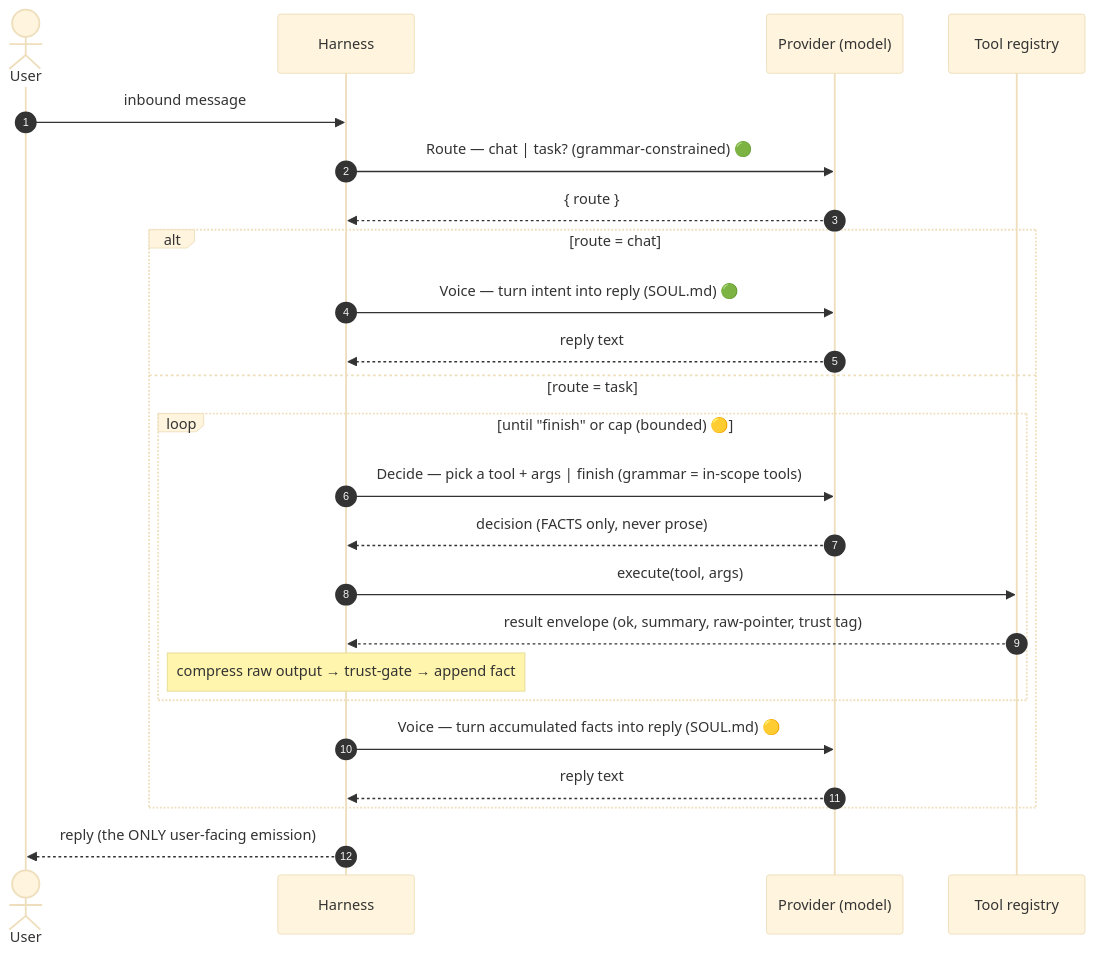
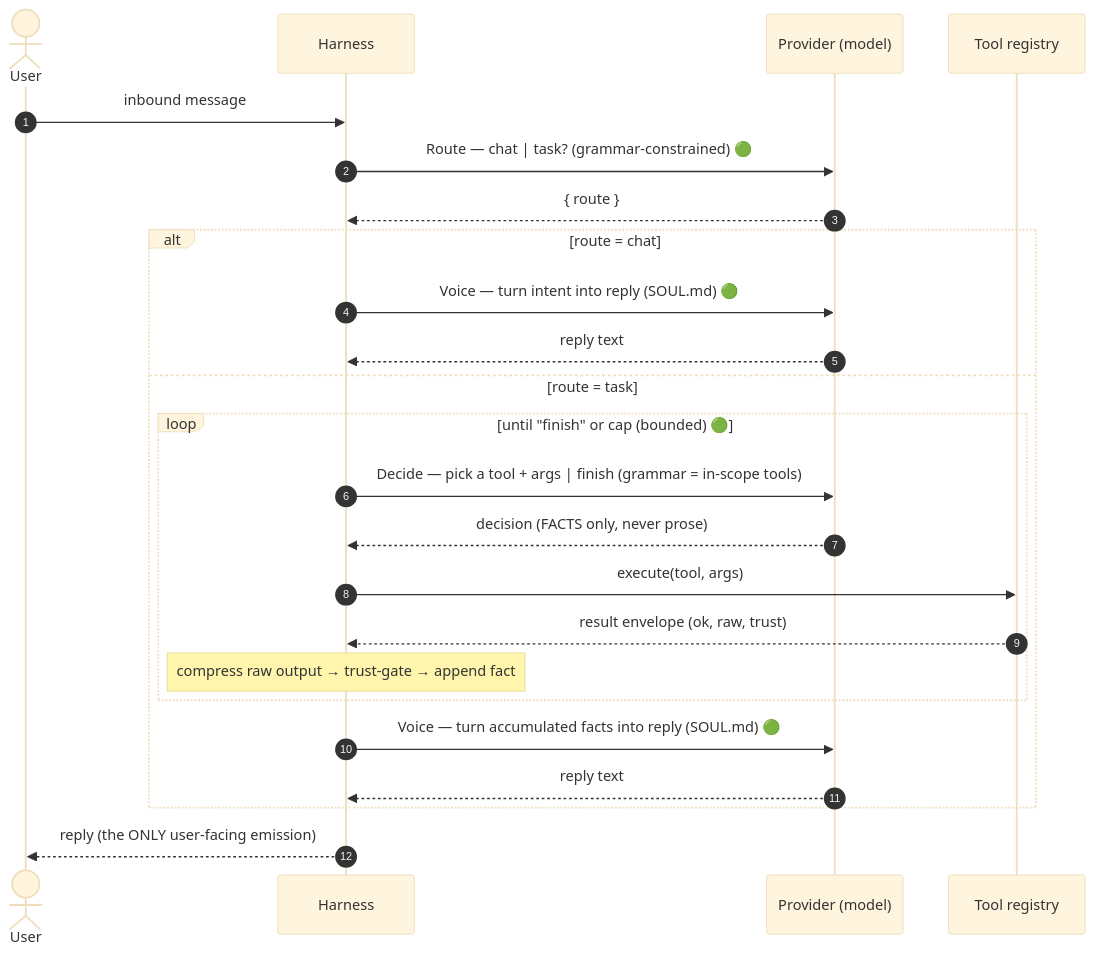
Before and after one commit to macro88/grugling: the fourth of 6 diagrams in docs/design/code-design.md, drawn with Mermaid (base theme). The commit also changed other lines of this file and 3 other files, not shown here.

````diff
--- a/docs/design/code-design.md
+++ b/docs/design/code-design.md
@@ -239,28 +249,28 @@
 ```mermaid
 sequenceDiagram
     autonumber
     actor User
     participant H as Harness
     participant P as Provider (model)
     participant T as Tool registry
 
     User->>H: inbound message
     H->>P: Route — chat | task?  (grammar-constrained)  🟢
     P-->>H: { route }
 
     alt route = chat
         H->>P: Voice — turn intent into reply (SOUL.md)  🟢
         P-->>H: reply text
     else route = task
-        loop until "finish" or cap (bounded)  🟡
+        loop until "finish" or cap (bounded)  🟢
             H->>P: Decide — pick a tool + args | finish  (grammar = in-scope tools)
             P-->>H: decision (FACTS only, never prose)
             H->>T: execute(tool, args)
-            T-->>H: result envelope (ok, summary, raw-pointer, trust tag)
+            T-->>H: result envelope (ok, raw, trust)
             Note over H: compress raw output → trust-gate → append fact
         end
-        H->>P: Voice — turn accumulated facts into reply (SOUL.md)  🟡
+        H->>P: Voice — turn accumulated facts into reply (SOUL.md)  🟢
         P-->>H: reply text
     end
     H-->>User: reply (the ONLY user-facing emission)
 ```
````
